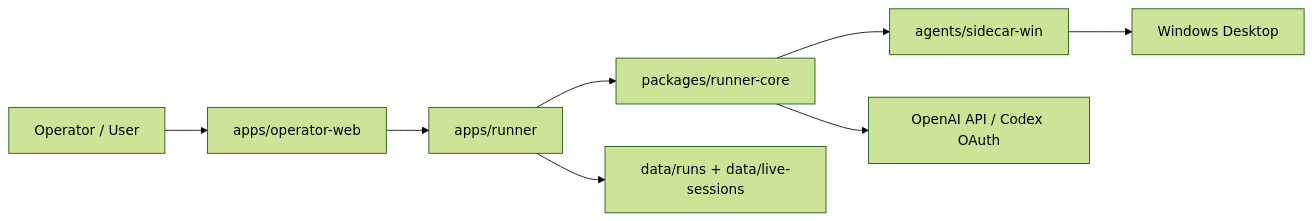
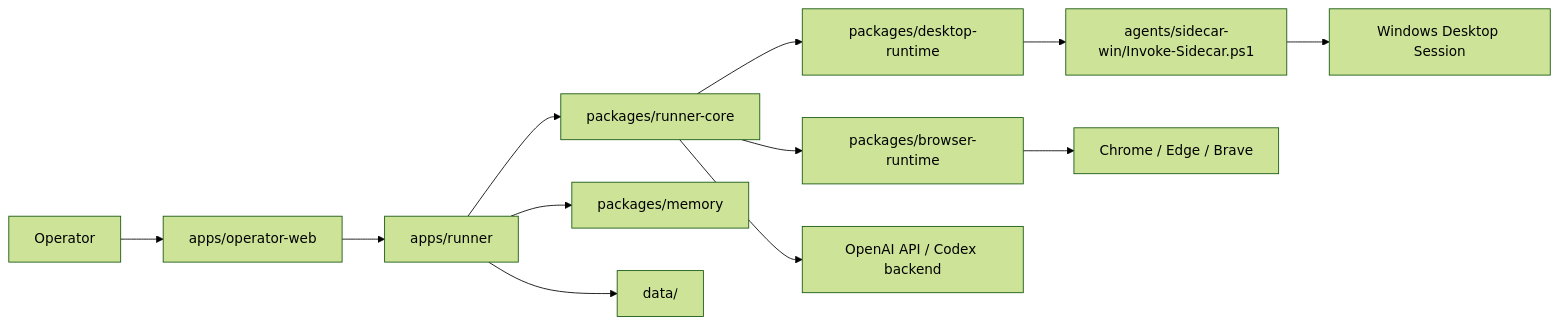
Before and after one commit to Charlo-O/Novaper: the diagram in README.md, drawn with Mermaid (forest theme). The commit also changed other lines of this file and 11 other files, not shown here.

Commit message:
feat: add browser runtime and refresh docs

````diff
--- a/README.md
+++ b/README.md
@@ -27,10 +20,14 @@
 ```mermaid
 flowchart LR
-  User["Operator / User"] --> Web["apps/operator-web"]
+  User["Operator"] --> Web["apps/operator-web"]
   Web --> Runner["apps/runner"]
-  Runner --> Agent["packages/runner-core"]
-  Agent --> Sidecar["agents/sidecar-win"]
-  Agent --> Model["OpenAI API / Codex OAuth"]
-  Sidecar --> Windows["Windows Desktop"]
-  Runner --> Data["data/runs + data/live-sessions"]
+  Runner --> Core["packages/runner-core"]
+  Runner --> Memory["packages/memory"]
+  Core --> Browser["packages/browser-runtime"]
+  Core --> Desktop["packages/desktop-runtime"]
+  Desktop --> Sidecar["agents/sidecar-win/Invoke-Sidecar.ps1"]
+  Browser --> Chromium["Chrome / Edge / Brave"]
+  Sidecar --> Windows["Windows Desktop Session"]
+  Runner --> Data["data/"]
+  Core --> Model["OpenAI API / Codex backend"]
 ```
````
